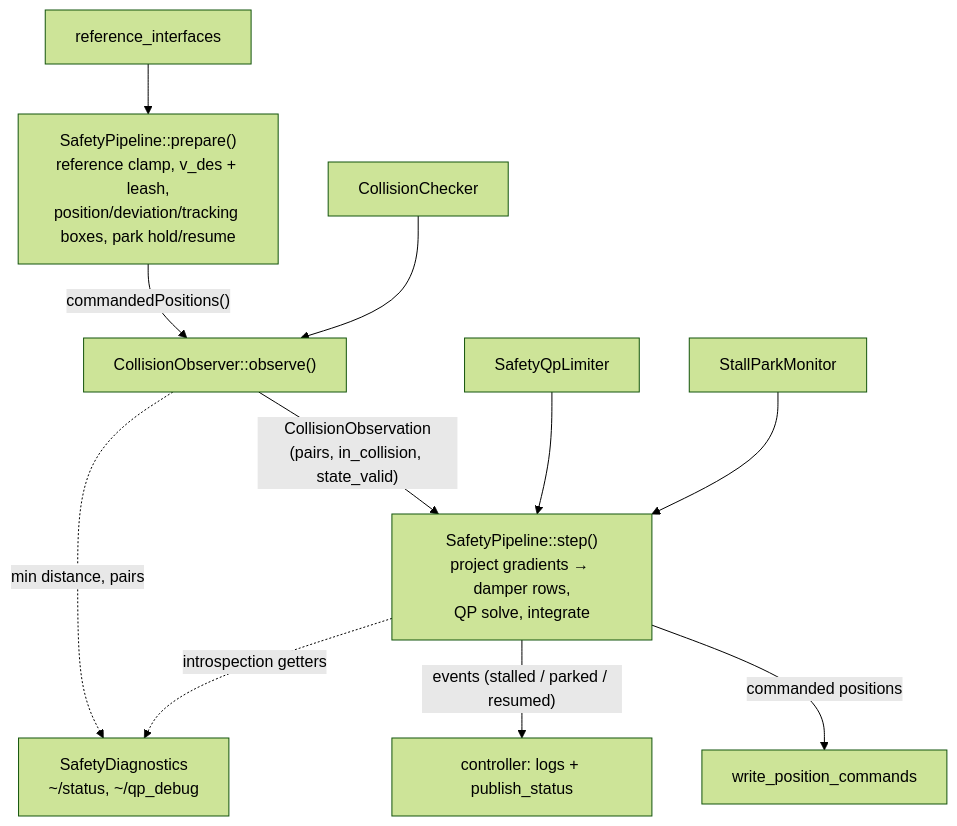
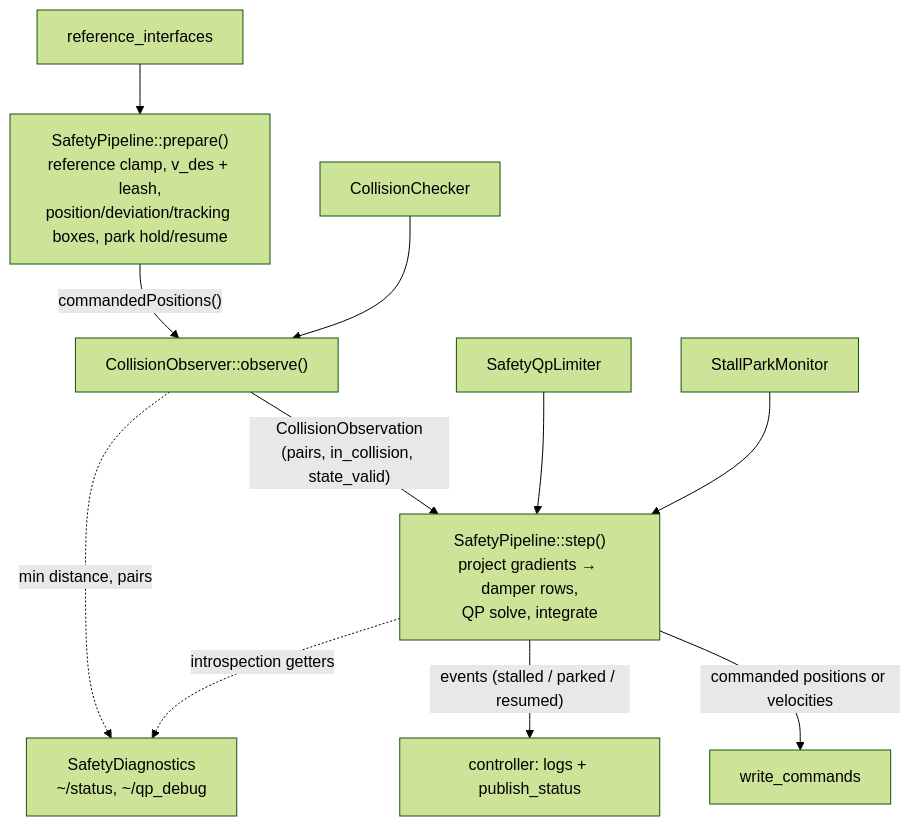
One commit to tu-darmstadt-ros-pkg/hector_ros_controllers changed the diagram in hector_ros_controllers/src/safety_position_controller/README.md. Above: the diagram before and after it, drawn with Mermaid (forest theme). The commit also changed other lines of this file and 7 other files, not shown here.

````diff
--- a/hector_ros_controllers/src/safety_position_controller/README.md
+++ b/hector_ros_controllers/src/safety_position_controller/README.md
@@ -30,13 +32,13 @@
 ```mermaid
 flowchart TB
     REF[reference_interfaces] --> P1["SafetyPipeline::prepare()<br/>reference clamp, v_des + leash,<br/>position/deviation/tracking boxes, park hold/resume"]
     P1 -->|"commandedPositions()"| OBS["CollisionObserver::observe()"]
     CC[CollisionChecker] --> OBS
     OBS -->|"CollisionObservation<br/>(pairs, in_collision, state_valid)"| P2["SafetyPipeline::step()<br/>project gradients → damper rows,<br/>QP solve, integrate"]
     QP[SafetyQpLimiter] --> P2
     SPM[StallParkMonitor] --> P2
-    P2 -->|commanded positions| W[write_position_commands]
+    P2 -->|"commanded positions or velocities"| W[write_commands]
     P2 -->|"events (stalled / parked / resumed)"| CTRL["controller: logs + publish_status"]
     P2 -.->|introspection getters| DIAG["SafetyDiagnostics<br/>~/status, ~/qp_debug"]
     OBS -.->|min distance, pairs| DIAG
 ```
````
